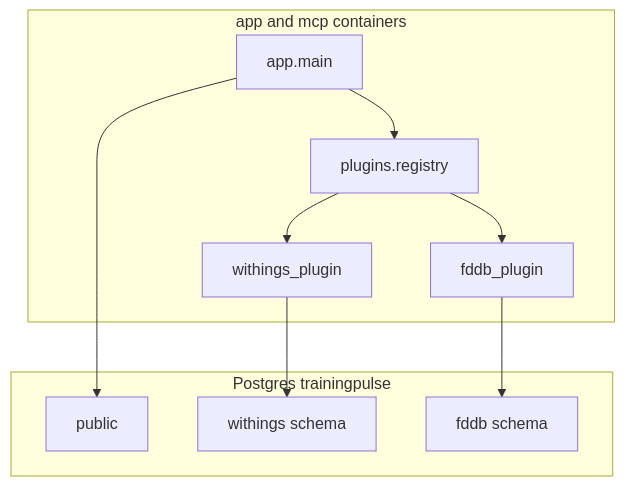
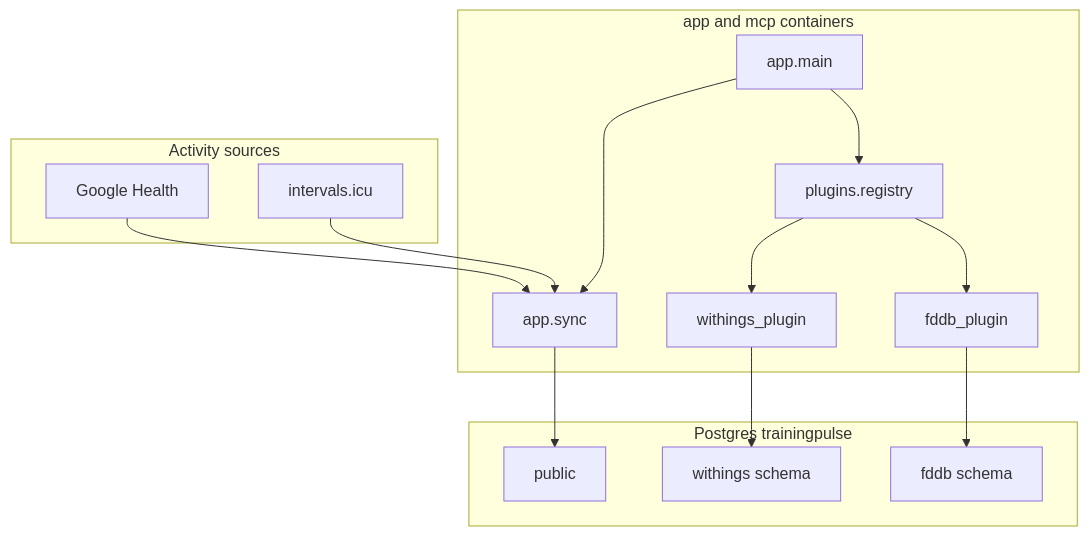
Before and after one commit to mkuf/TrainingPulse: the diagram in DEVELOPERS.md, drawn with Mermaid. The commit also changed other lines of this file and 21 other files, not shown here.

Commit message:
replace strava w/ intervals.icu and google health; dashboard rework

````diff
--- a/DEVELOPERS.md
+++ b/DEVELOPERS.md
@@ -18,18 +19,26 @@
 ```mermaid
 flowchart TB
+  subgraph sources [Activity sources]
+    ICU[intervals.icu]
+    GHealth[Google Health]
+  end
   subgraph app_container [app and mcp containers]
     Main[app.main]
+    Sync[app.sync]
     Reg[plugins.registry]
+    Main --> Sync
     Main --> Reg
     Reg --> Withings[withings_plugin]
     Reg --> Fddb[fddb_plugin]
   end
   subgraph pg [Postgres trainingpulse]
     Public[public]
     Wsch[withings schema]
     Fsch[fddb schema]
   end
-  Main --> Public
+  ICU --> Sync
+  GHealth --> Sync
+  Sync --> Public
   Withings --> Wsch
   Fddb --> Fsch
 ```
````
